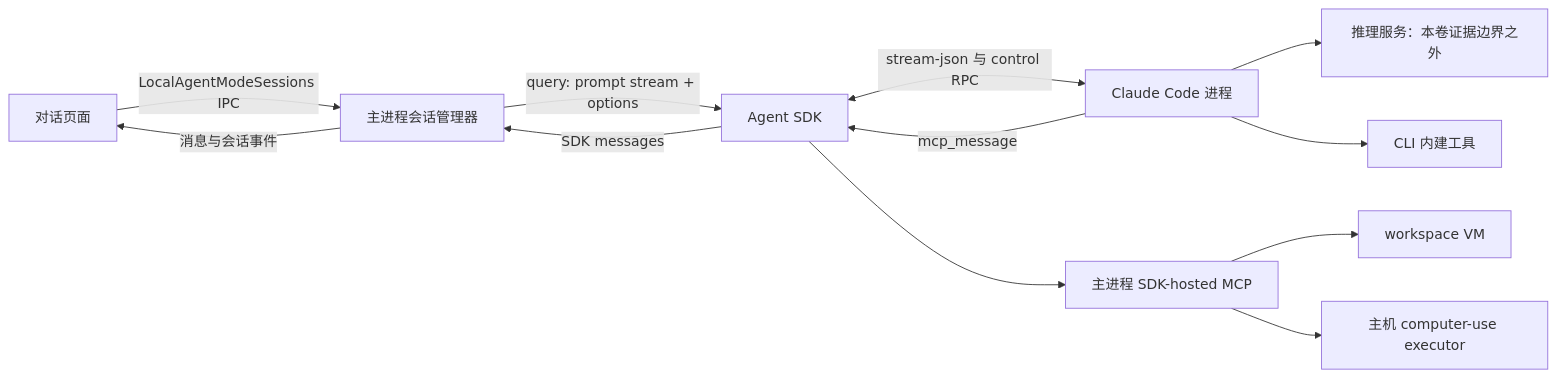
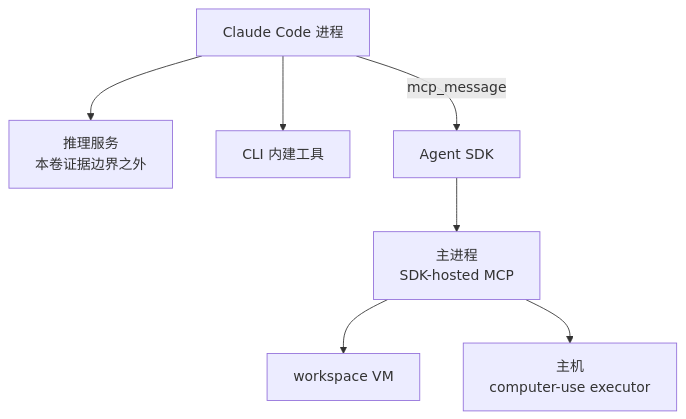
The second of 4 diagrams in books/claude-app/02-Illustrated-Deep-Dive-Book/02-Agent-Loop-Engine/README.md (aiyinyuedejustin/agent-engineering-fundamentals), drawn with Mermaid before and after one commit. The commit also changed other lines of this file and 5 other files, not shown here.

Commit message:
Reflow agent loop diagrams and verify splitter keyboard and pointer boundaries

````diff
--- a/books/claude-app/02-Illustrated-Deep-Dive-Book/02-Agent-Loop-Engine/README.md
+++ b/books/claude-app/02-Illustrated-Deep-Dive-Book/02-Agent-Loop-Engine/README.md
@@ -9,14 +24,9 @@
 ```mermaid
-flowchart LR
-    UI["对话页面"] -->|"LocalAgentModeSessions IPC"| SM["主进程会话管理器"]
-    SM -->|"query: prompt stream + options"| SDK["Agent SDK"]
-    SDK <-->|"stream-json 与 control RPC"| CLI["Claude Code 进程"]
-    CLI --> INF["推理服务：本卷证据边界之外"]
+flowchart TB
+    CLI["Claude Code 进程"] --> INF["推理服务<br/>本卷证据边界之外"]
     CLI --> BUILTIN["CLI 内建工具"]
-    CLI -->|"mcp_message"| SDK
-    SDK --> HOSTMCP["主进程 SDK-hosted MCP"]
+    CLI -->|"mcp_message"| SDK["Agent SDK"]
+    SDK --> HOSTMCP["主进程<br/>SDK-hosted MCP"]
     HOSTMCP --> VM["workspace VM"]
-    HOSTMCP --> CU["主机 computer-use executor"]
-    SDK -->|"SDK messages"| SM
-    SM -->|"消息与会话事件"| UI
+    HOSTMCP --> CU["主机<br/>computer-use executor"]
 ```
````
